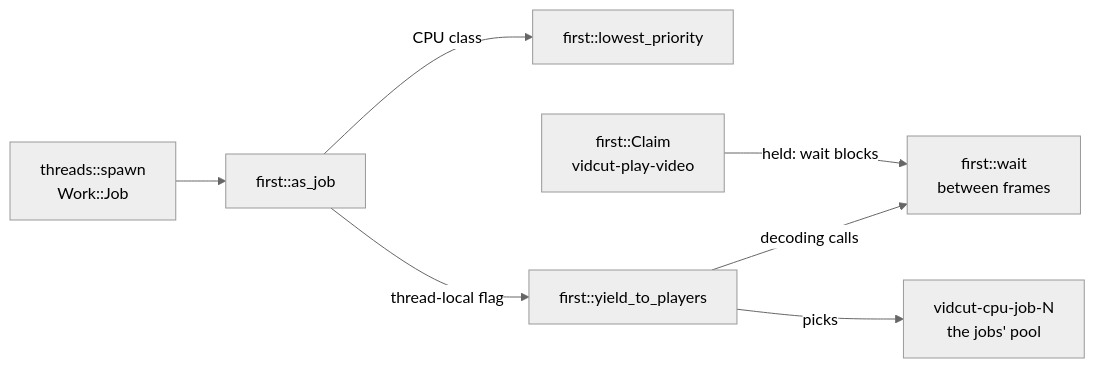
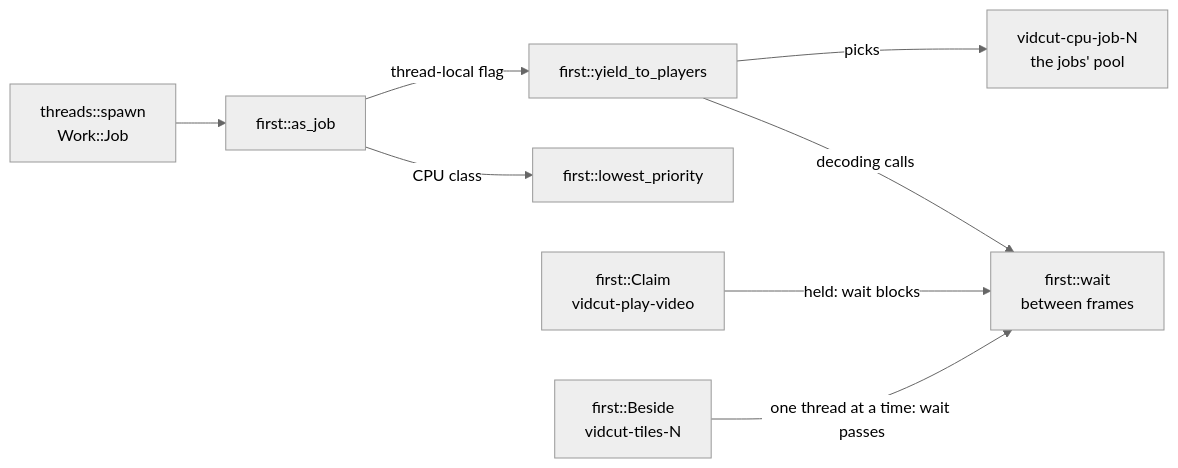
One commit to oittaa/vidcut changed the diagram in docs/design/threads.md. Above: the diagram before and after it, drawn with Mermaid (neutral theme). The commit also changed other lines of this file and 4 other files, not shown here.

````diff
--- a/docs/design/threads.md
+++ b/docs/design/threads.md
@@ -5,9 +5,10 @@
 ```mermaid
 flowchart LR
   SP["threads::spawn<br>Work::Job"] --> AJ["first::as_job"]
   AJ -->|"CPU class"| LP["first::lowest_priority"]
   AJ -->|"thread-local flag"| Y["first::yield_to_players"]
   Y -->|"decoding calls"| W["first::wait<br>between frames"]
   C["first::Claim<br>vidcut-play-video"] -->|"held: wait blocks"| W
+  B["first::Beside<br>vidcut-tiles-N"] -->|"one thread at a time: wait passes"| W
   Y -->|"picks"| JP["vidcut-cpu-job-N<br>the jobs' pool"]
 ```
````
